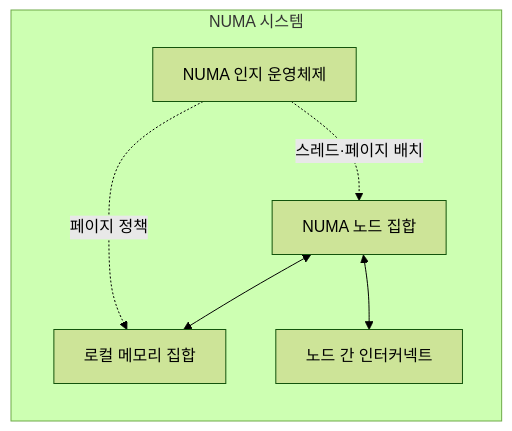
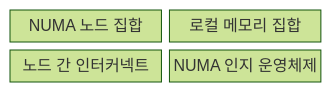
The first of 2 diagrams in src/content/docs/notes/02-hardware/021_numa.md (agnusdei1207/knowledge-base), drawn with Mermaid (forest theme) before and after one commit. The commit also changed other lines of this file and 20 other files, not shown here.

````diff
--- a/src/content/docs/notes/02-hardware/021_numa.md
+++ b/src/content/docs/notes/02-hardware/021_numa.md
@@ -64,9 +62,8 @@
 ```mermaid
-flowchart LR
-    subgraph NUMA["NUMA 시스템"]
-        N["NUMA 노드 집합"] <--> M["로컬 메모리 집합"]
-        N <--> I["노드 간 인터커넥트"]
-        O["NUMA 인지 운영체제"] -. "스레드·페이지 배치" .-> N
-        O -. "페이지 정책" .-> M
-    end
+block
+    columns 2
+    N["NUMA 노드 집합"]
+    M["로컬 메모리 집합"]
+    I["노드 간 인터커넥트"]
+    O["NUMA 인지 운영체제"]
 ```
````
